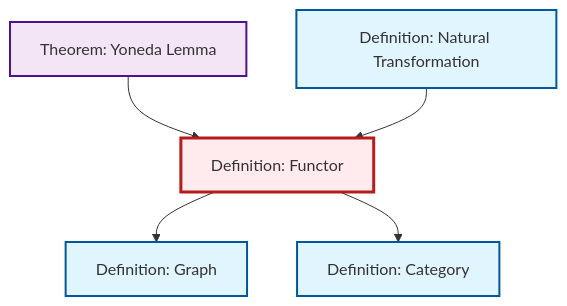
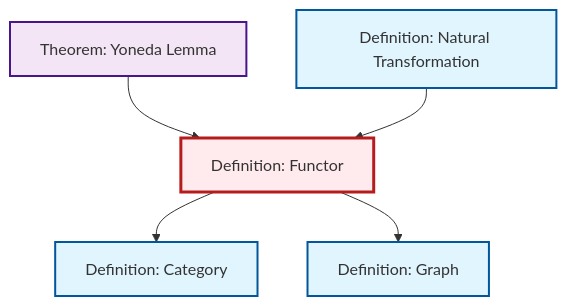
Before and after one commit to RK0429/ModernMath: the diagram in content/en/category-theory/def-functor.qmd, drawn with Mermaid. The commit also changed other lines of this file and 497 other files, not shown here.

````diff
--- a/content/en/category-theory/def-functor.qmd
+++ b/content/en/category-theory/def-functor.qmd
@@ -49,23 +49,23 @@
 ```{mermaid}
 %%| fig-cap: "Local dependency graph"
 graph TD
     classDef definition fill:#e1f5fe,stroke:#01579b,stroke-width:2px
     classDef theorem fill:#f3e5f5,stroke:#4a148c,stroke-width:2px
     classDef axiom fill:#fff3e0,stroke:#e65100,stroke-width:2px
     classDef example fill:#e8f5e9,stroke:#1b5e20,stroke-width:2px
     classDef current fill:#ffebee,stroke:#b71c1c,stroke-width:3px
-    thm-yoneda["Theorem: Yoneda Lemma"]:::theorem
     def-natural-transformation["Definition: Natural Transformation"]:::definition
     def-category["Definition: Category"]:::definition
     def-graph["Definition: Graph"]:::definition
     def-functor["Definition: Functor"]:::definition
+    thm-yoneda["Theorem: Yoneda Lemma"]:::theorem
+    thm-yoneda --> def-functor
+    def-functor --> def-category
+    def-natural-transformation --> def-functor
     def-functor --> def-graph
-    def-functor --> def-category
-    thm-yoneda --> def-functor
-    def-natural-transformation --> def-functor
     class def-functor current
-    click thm-yoneda "thm-yoneda.html" "Go to Yoneda Lemma theorem"
     click def-natural-transformation "def-natural-transformation.html" "Go to Natural Transformation definition"
     click def-category "def-category.html" "Go to Category definition"
     click def-graph "def-graph.html" "Go to Graph definition"
+    click thm-yoneda "thm-yoneda.html" "Go to Yoneda Lemma theorem"
 ```
````
